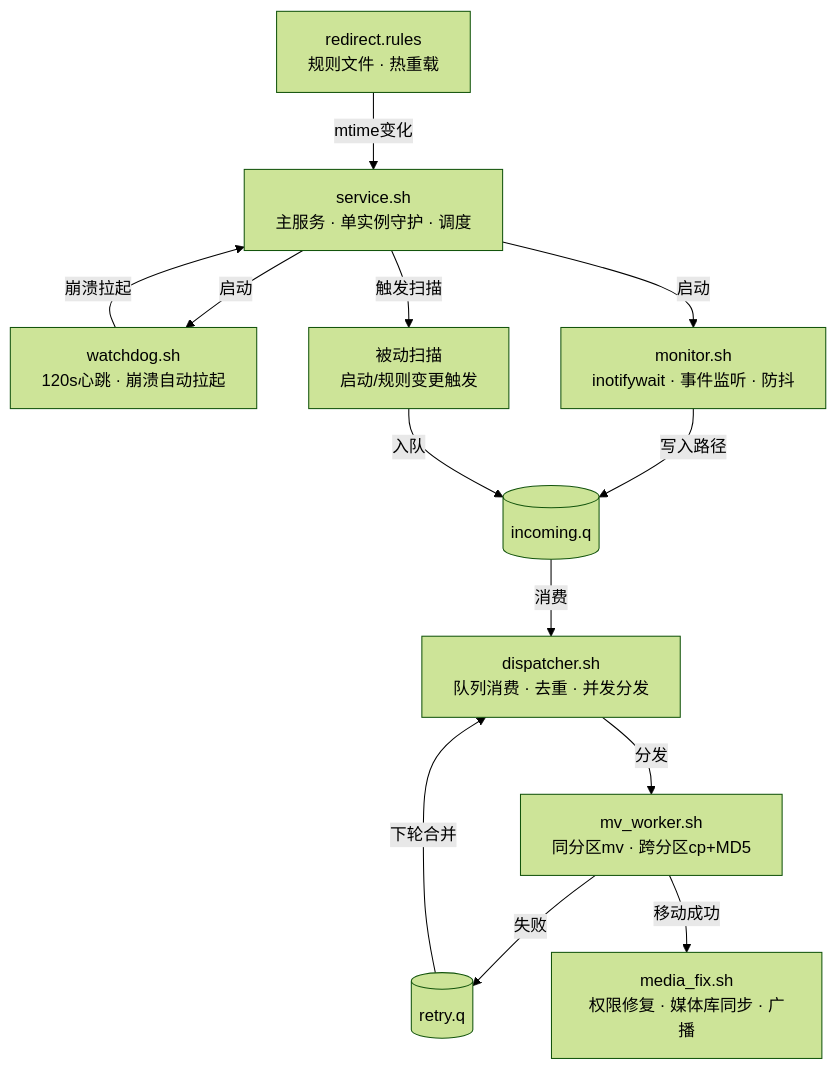
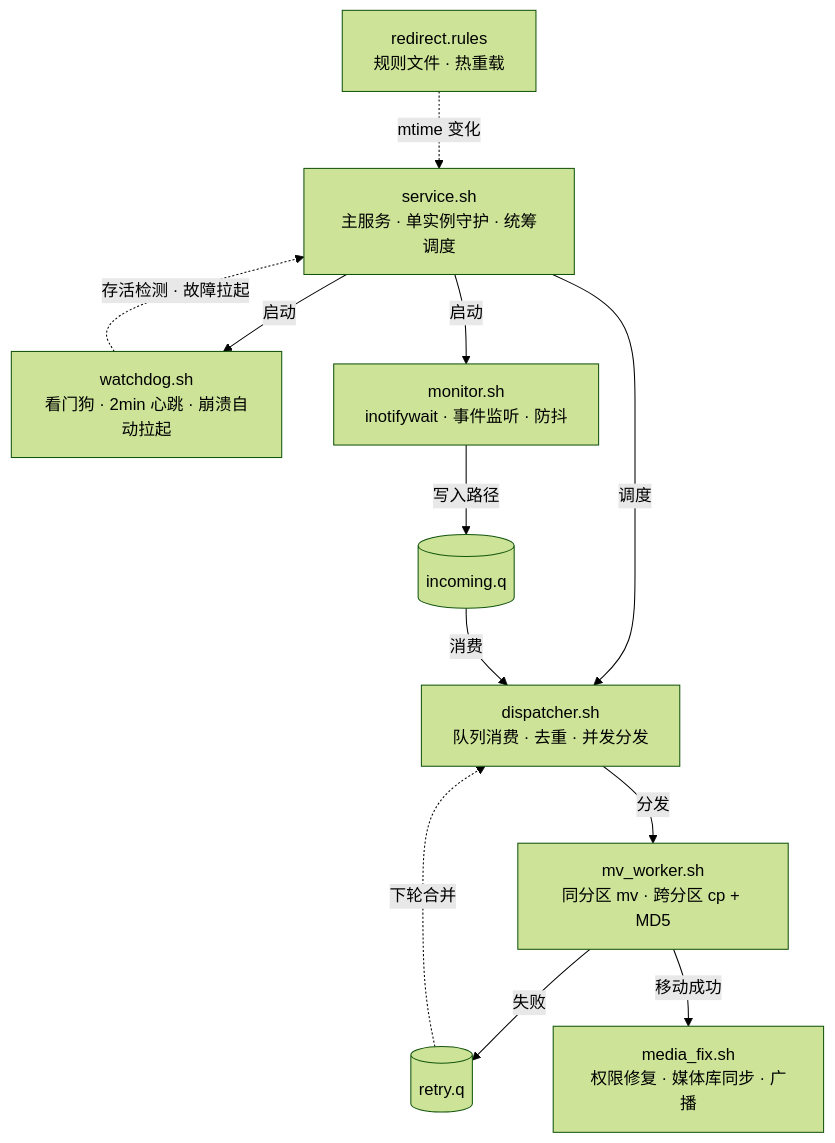
One commit to TWRJSSY/File_Redirector changed the diagram in README.md. Above: the diagram before and after it, drawn with Mermaid (forest theme). The commit also changed 1 other file, not shown here.

Commit message:
Add files via GitMob upload

````diff
--- a/README.md
+++ b/README.md
@@ -60,26 +60,24 @@
 ```mermaid
-flowchart TD
-    RU[redirect.rules\n规则文件 · 热重载]
-    S[service.sh\n主服务 · 单实例守护 · 调度]
-    W[watchdog.sh\n120s心跳 · 崩溃自动拉起]
-    M[monitor.sh\ninotifywait · 事件监听 · 防抖]
-    SC[被动扫描\n启动/规则变更触发]
+graph TD
+    S[service.sh<br/>主服务 · 单实例守护 · 统筹调度]
+    W[watchdog.sh<br/>看门狗 · 2min 心跳 · 崩溃自动拉起]
+    M[monitor.sh<br/>inotifywait · 事件监听 · 防抖]
+    D[dispatcher.sh<br/>队列消费 · 去重 · 并发分发]
     Q[(incoming.q)]
-    D[dispatcher.sh\n队列消费 · 去重 · 并发分发]
-    V[mv_worker.sh\n同分区mv · 跨分区cp+MD5]
     R[(retry.q)]
-    F[media_fix.sh\n权限修复 · 媒体库同步 · 广播]
+    V[mv_worker.sh<br/>同分区 mv · 跨分区 cp + MD5]
+    F[media_fix.sh<br/>权限修复 · 媒体库同步 · 广播]
+    RU[redirect.rules<br/>规则文件 · 热重载]
 
-    RU -->|mtime变化| S
+    S -->|启动| M
+    S -->|调度| D
     S -->|启动| W
-    S -->|启动| M
-    S -->|触发扫描| SC
-    W -->|崩溃拉起| S
+    W -.->|存活检测 · 故障拉起| S
+    RU -.->|mtime 变化| S
     M -->|写入路径| Q
-    SC -->|入队| Q
     Q -->|消费| D
     D -->|分发| V
     V -->|失败| R
-    R -->|下轮合并| D
+    R -.->|下轮合并| D
     V -->|移动成功| F
 ```
````
